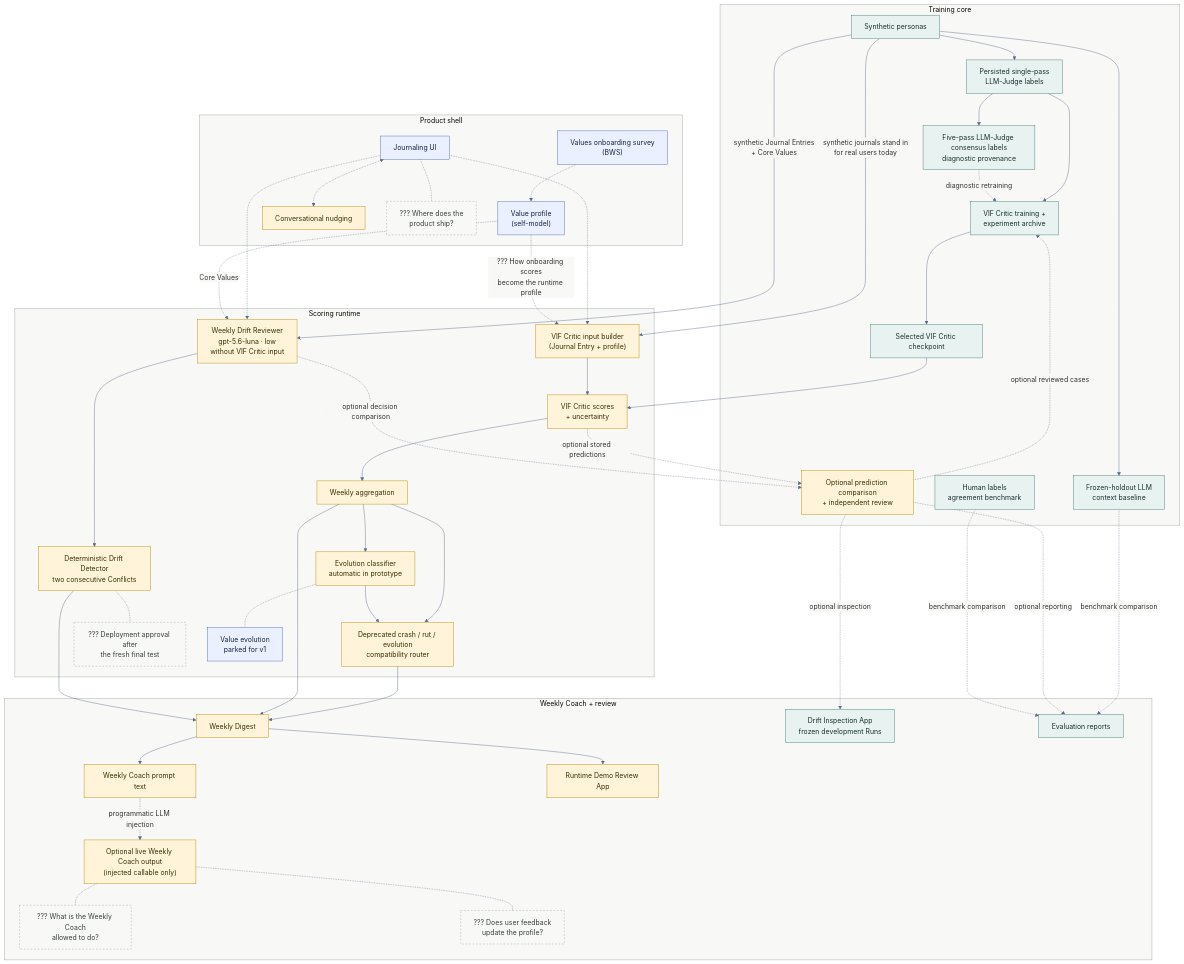
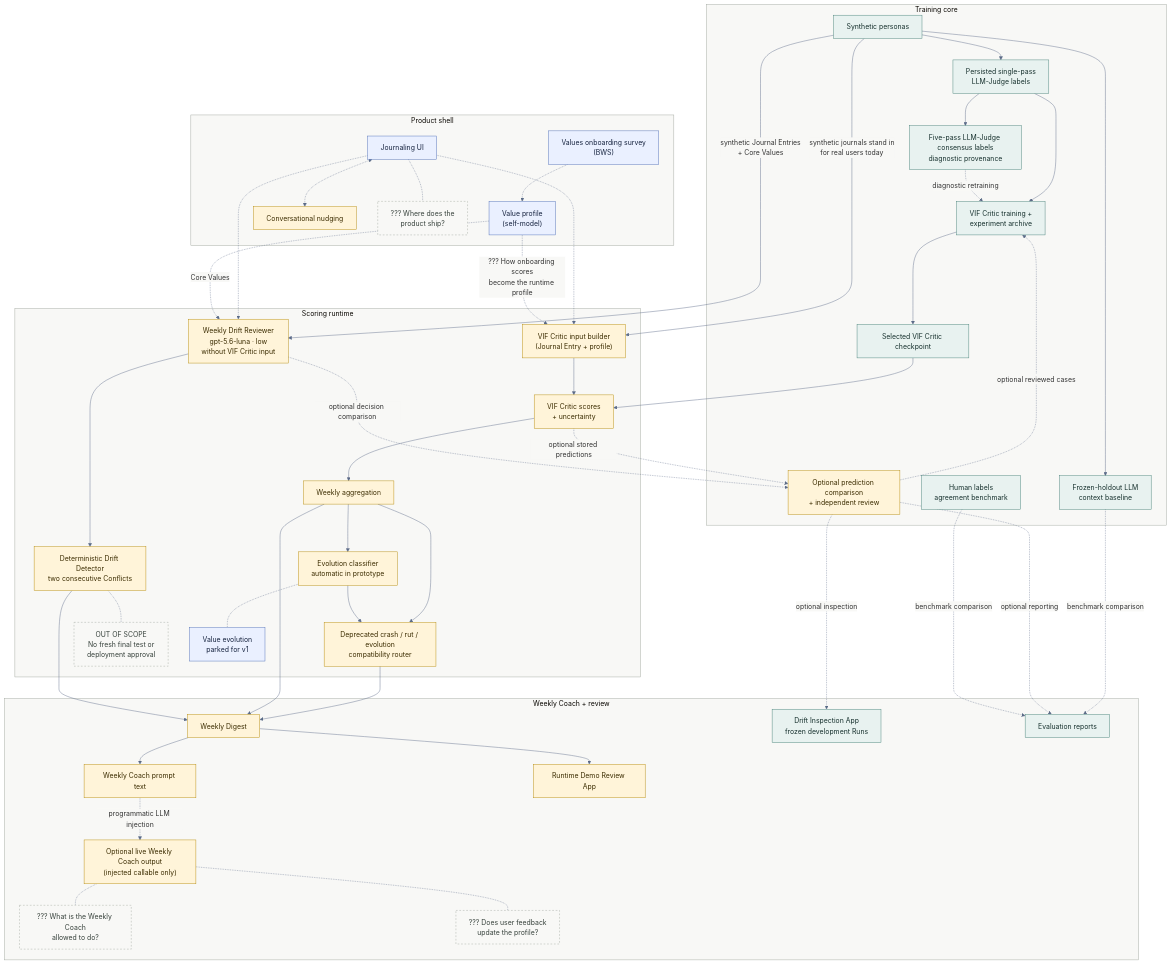
One commit to DesmondChoy/twinkl changed the diagram in docs/architecture/e2e_architecture.md. Above: the diagram before and after it, drawn with Mermaid. The commit also changed other lines of this file and 14 other files, not shown here.

Commit message:
docs: close Drift final-test scope (twinkl-pv6s)

````diff
--- a/docs/architecture/e2e_architecture.md
+++ b/docs/architecture/e2e_architecture.md
@@ -31,6 +32,7 @@
     classDef partial fill:#FFF4D9,stroke:#B38600,color:#3B2C00;
     classDef specified fill:#EAF0FF,stroke:#4767B3,color:#15223E;
     classDef decision fill:#F8F8F6,stroke:#9CA39A,color:#36413B,stroke-dasharray: 4 4;
+    classDef scope fill:#F8F8F6,stroke:#9CA39A,color:#36413B,stroke-dasharray: 4 4;
 
     subgraph training["Training core"]
         personas["Synthetic personas"]
@@ -59,7 +61,7 @@
         reviewer["Weekly Drift Reviewer<br/>gpt-5.6-luna · low<br/>without VIF Critic input"]
         drift_v1["Deterministic Drift Detector<br/>two consecutive Conflicts"]
         evolution["Evolution classifier<br/>automatic in prototype"]
-        d_trigger["??? Deployment approval after<br/>the fresh final test"]
+        d_trigger["OUT OF SCOPE<br/>No fresh final test or<br/>deployment approval"]
         d_evolution["Value evolution<br/>parked for v1"]
     end
 
@@ -115,7 +117,7 @@
     prompt -. "programmatic LLM injection" .-> narrative
     digest --> runtime_review
 
-    %% Open decisions attached to where they bite
+    %% Open decisions and scope boundaries attached to where they bite
     journaling -.- d_surface
     drift_v1 -.- d_trigger
     evolution -.- d_evolution
@@ -125,5 +127,6 @@
     class personas,judge,consensus,annotation,critic_train,checkpoint,llm_baseline,drift_review,reports implemented;
     class state,scores,weekly,drift,evolution,reviewer,drift_v1,digest,prompt,narrative,runtime_review,offline_review,nudges partial;
     class onboarding,profile,journaling,d_evolution specified;
-    class d_surface,d_trigger,d_boundary,d_feedback decision;
+    class d_surface,d_boundary,d_feedback decision;
+    class d_trigger scope;
 ```
````
